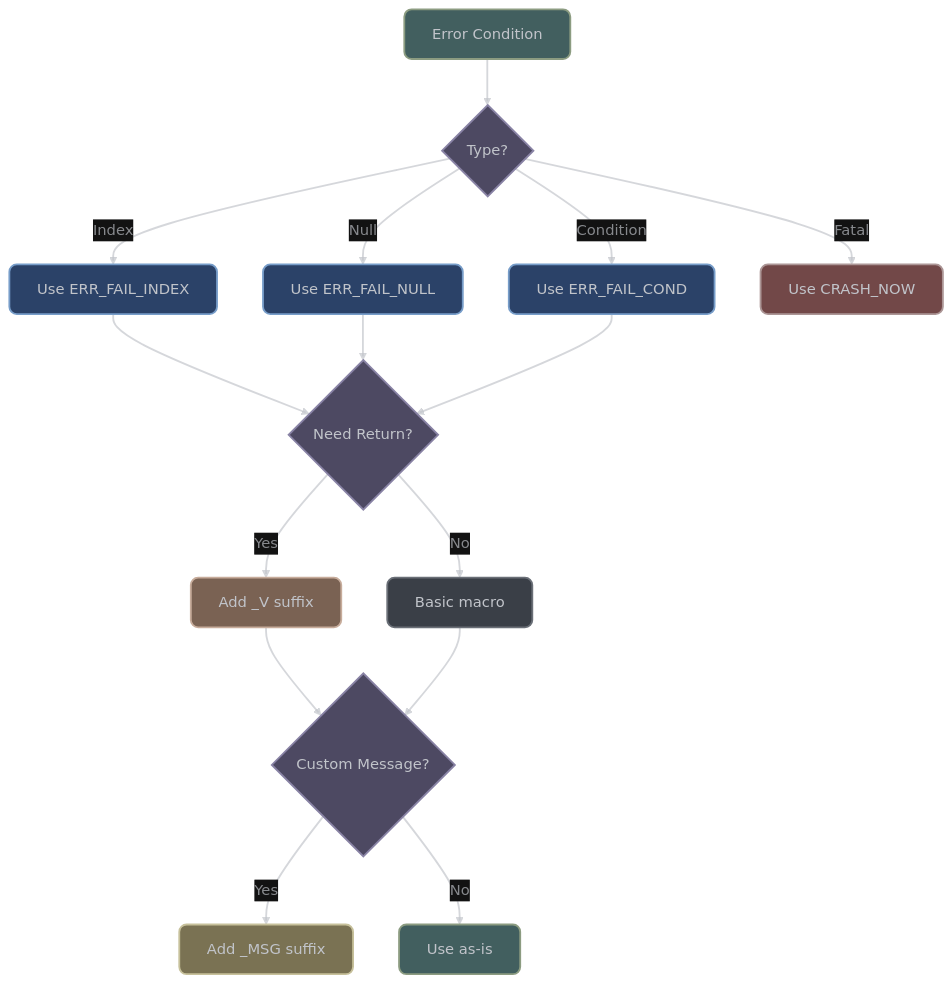
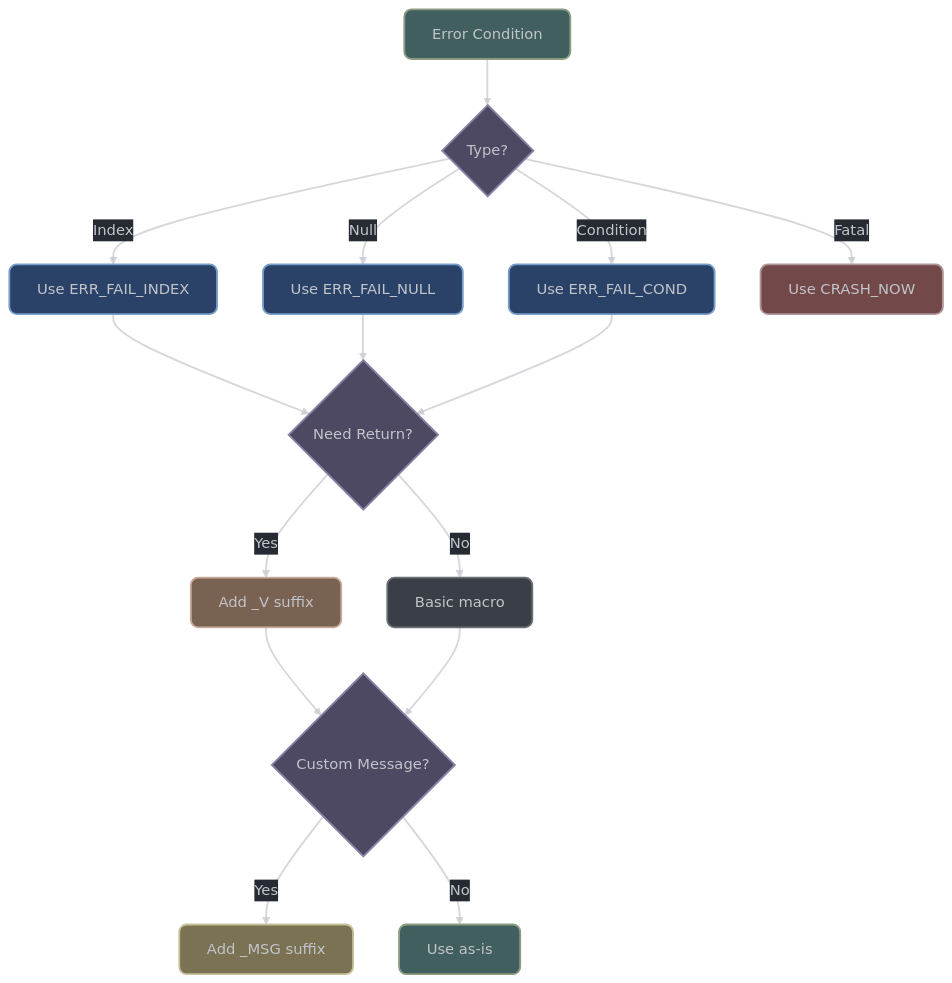
The diagram in docs/advanced_topics/error-debugging.md (vorlac/gdextension-docs), drawn with Mermaid before and after one commit. The commit also changed 16 other files, not shown here.

````diff
--- a/docs/advanced_topics/error-debugging.md
+++ b/docs/advanced_topics/error-debugging.md
@@ -16,53 +16,74 @@
 ```mermaid
 ---
 config:
     theme: 'base'
     curve: 'straight'
     themeVariables:
         darkMode: true
         clusterBkg: '#22272f62'
         clusterBorder: '#6a6f77ff'
         clusterTextColor: '#6a6f77ff'
-        lineColor: '#ffffff'
-        primaryTextColor: '#ffffff'
+        lineColor: '#C1C4CAAA'
+        background: '#262B33'
+        primaryColor: '#2b4268ff'
+        primaryTextColor: '#C1C4CAff'
         primaryBorderColor: '#6a6f77ff'
-        nodeTextColor: '#ffffff'
-        defaultLinkColor: '#ffffff'
-        edgeLabelBackground: '#121212'
-        tertiaryTextColor: '#C1C4CA'
+        primaryLabelBkg: '#262B33'
+        secondaryColor: '#425f5fff'
+        secondaryBorderColor: '#8c9c81ff'
+        secondaryTextColor: '#C1C4CAff'
+        tertiaryColor: '#4d4962ff'
+        tertiaryBorderColor: '#8983a5ff'
+        tertiaryTextColor: '#eeeeee55'
+        nodeTextColor: '#C1C4CA'
+        defaultLinkColor: '#C1C4CA'
+        edgeLabelBackground: '#262B33'
+        edgeLabelBorderColor: '#C1C4CA'
+        labelTextColor: '#C1C4CA'
+        errorBkgColor: '#724848ff'
+        errorTextColor: '#C1C4CA'
+        flowchart:
+            curve: 'basis'
+            nodeSpacing: 50
+            rankSpacing: 50
+            subGraphTitleMargin:
+                top: 15
+                bottom: 15
+                left: 15
+                right: 15
 ---
 flowchart TD
     A[Error Condition] --> B{Type?}
     B --> |Index| C[Use ERR_FAIL_INDEX]
     B --> |Null| D[Use ERR_FAIL_NULL]
     B --> |Condition| E[Use ERR_FAIL_COND]
     B --> |Fatal| F[Use CRASH_NOW]
 
     C --> G{Need Return?}
     D --> G
     E --> G
 
     G --> |Yes| H[Add _V suffix]
     G --> |No| I[Basic macro]
 
     H --> J{Custom Message?}
     I --> J
 
     J --> |Yes| K[Add _MSG suffix]
     J --> |No| L[Use as-is]
 
-    linkStyle default stroke:#C1C4CAaa,stroke-width:2px,color:#C1C4CAaa
+    linkStyle default stroke:#C1C4CAaa,stroke-width:2px,color:#C1C4CA
 
     style A fill:#425f5fff,stroke:#8c9c81ff,stroke-width:2px,color:#C1C4CA,rx:8,ry:8
     style B fill:#4d4962ff,stroke:#8983a5ff,stroke-width:2px,color:#C1C4CA,rx:8,ry:8
     style C fill:#2b4268ff,stroke:#779DC9ff,stroke-width:2px,color:#C1C4CA,rx:8,ry:8
     style D fill:#2b4268ff,stroke:#779DC9ff,stroke-width:2px,color:#C1C4CA,rx:8,ry:8
     style E fill:#2b4268ff,stroke:#779DC9ff,stroke-width:2px,color:#C1C4CA,rx:8,ry:8
     style F fill:#724848ff,stroke:#ac9696ff,stroke-width:2px,color:#C1C4CA,rx:8,ry:8
     style G fill:#4d4962ff,stroke:#8983a5ff,stroke-width:2px,color:#C1C4CA,rx:8,ry:8
     style H fill:#7a6253ff,stroke:#c7ac9bff,stroke-width:2px,color:#C1C4CA,rx:8,ry:8
     style I fill:#3a3f47ff,stroke:#6a6f77ff,stroke-width:2px,color:#C1C4CA,rx:8,ry:8
     style J fill:#4d4962ff,stroke:#8983a5ff,stroke-width:2px,color:#C1C4CA,rx:8,ry:8
     style K fill:#7a7253ff,stroke:#c7c19bff,stroke-width:2px,color:#C1C4CA,rx:8,ry:8
     style L fill:#425f5fff,stroke:#8c9c81ff,stroke-width:2px,color:#C1C4CA,rx:8,ry:8
 ```
````
